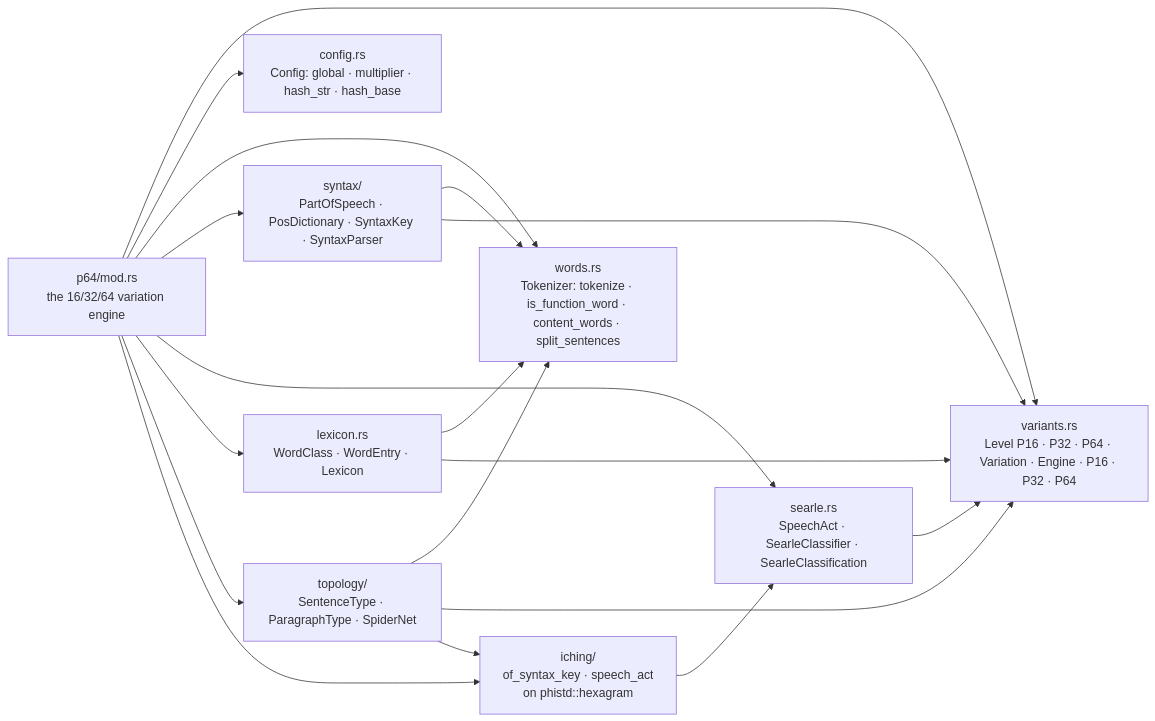
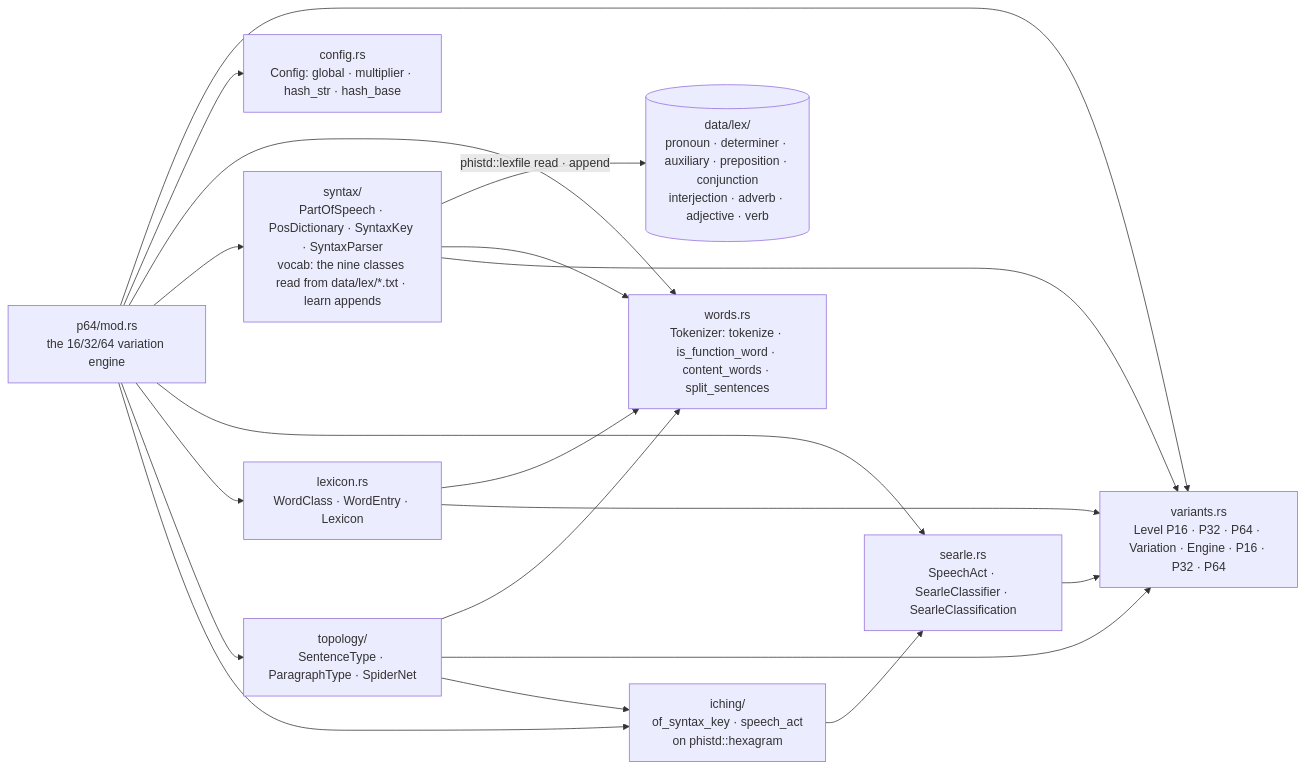
Before and after one commit to gemphi/phinet: the first of 4 diagrams in docs/phiton/p64.md, drawn with Mermaid. The commit also changed 20 other files, not shown here.

````diff
--- a/docs/phiton/p64.md
+++ b/docs/phiton/p64.md
@@ -5,16 +5,18 @@
 ```mermaid
 graph LR
     mod_["p64/mod.rs<br/>the 16/32/64 variation engine"]
     variants["variants.rs<br/>Level P16 · P32 · P64 · Variation · Engine · P16 · P32 · P64"]
     config["config.rs<br/>Config: global · multiplier · hash_str · hash_base"]
     words["words.rs<br/>Tokenizer: tokenize · is_function_word · content_words · split_sentences"]
-    syntax["syntax/<br/>PartOfSpeech · PosDictionary · SyntaxKey · SyntaxParser"]
+    syntax["syntax/<br/>PartOfSpeech · PosDictionary · SyntaxKey · SyntaxParser<br/>vocab: the nine classes read from data/lex/*.txt · learn appends"]
+    lex[("data/lex/<br/>pronoun · determiner · auxiliary · preposition · conjunction<br/>interjection · adverb · adjective · verb")]
+    syntax -->|"phistd::lexfile read · append"| lex
     searle["searle.rs<br/>SpeechAct · SearleClassifier · SearleClassification"]
     lexicon["lexicon.rs<br/>WordClass · WordEntry · Lexicon"]
     topology["topology/<br/>SentenceType · ParagraphType · SpiderNet"]
     iching["iching/<br/>of_syntax_key · speech_act<br/>on phistd::hexagram"]
     mod_ --> variants & config & words & syntax & searle & lexicon & topology & iching
     syntax & lexicon & topology --> words
     syntax & searle & lexicon & topology --> variants
     topology --> iching --> searle
 ```
````
